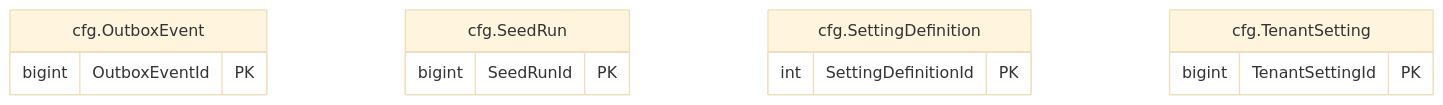
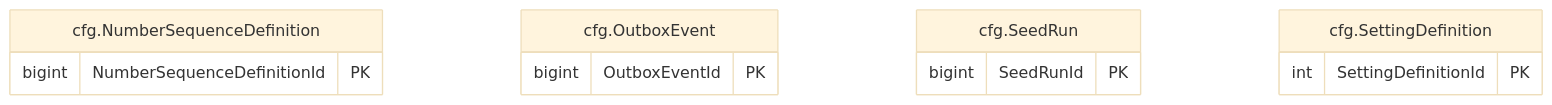
One commit to thawrasy/smartlines changed the diagram in treasury-platform/docs/diagrams/erd/m0_config_3.mmd. Above: the diagram before and after it, drawn with Mermaid (base theme). The commit also changed 159 other files, not shown here.

```diff
--- a/treasury-platform/docs/diagrams/erd/m0_config_3.mmd
+++ b/treasury-platform/docs/diagrams/erd/m0_config_3.mmd
@@ -1,14 +1,14 @@
-%% م0 · الإعدادات والمهام الخلفية (3/3) — Configuration & background jobs
+%% م0 · الإعدادات والمهام الخلفية (3/4) — Configuration & background jobs
 erDiagram
+  cfg_NumberSequenceDefinition["cfg.NumberSequenceDefinition"] {
+    bigint NumberSequenceDefinitionId PK
+  }
   cfg_OutboxEvent["cfg.OutboxEvent"] {
     bigint OutboxEventId PK
   }
   cfg_SeedRun["cfg.SeedRun"] {
     bigint SeedRunId PK
   }
   cfg_SettingDefinition["cfg.SettingDefinition"] {
     int SettingDefinitionId PK
   }
-  cfg_TenantSetting["cfg.TenantSetting"] {
-    bigint TenantSettingId PK
-  }
```
